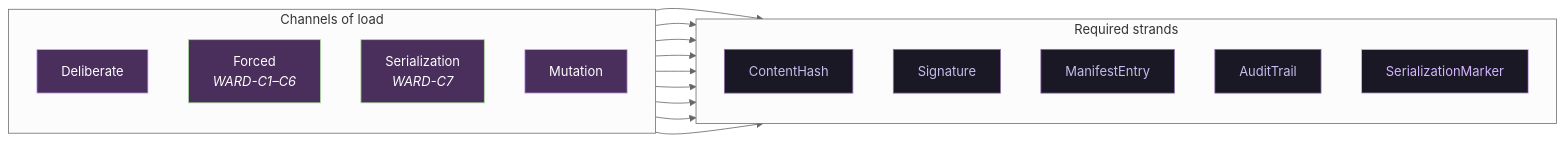
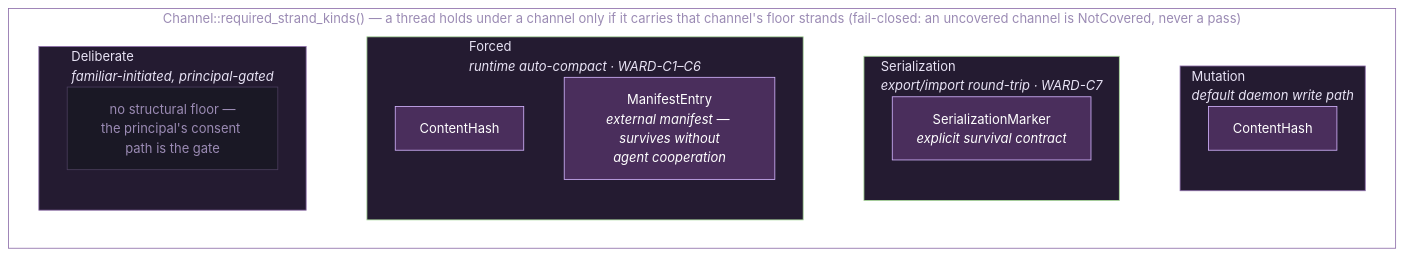
Before and after one commit to OpenCoven/coven-threads: the diagram in docs/diagrams/src/channel-strand-matrix.mmd, drawn with Mermaid (neutral theme). The commit also changed 18 other files, not shown here.

```diff
--- a/docs/diagrams/src/channel-strand-matrix.mmd
+++ b/docs/diagrams/src/channel-strand-matrix.mmd
@@ -1,37 +1,38 @@
+%% channel-strand-matrix — which strand kinds a thread MUST carry to hold
+%% under each channel of load.
+%% Source of truth: crates/coven-threads-core/src/channel.rs
+%% (Channel::required_strand_kinds) and PHASE-0-DESIGN.md §2.4.
+%% Form: per-channel grouping (contents ARE the floor) — no cross arrows.
 flowchart LR
-  subgraph Channels["Channels of load"]
-    direction TB
-    C1["Deliberate"]
-    C2["Forced<br/><i>WARD-C1–C6</i>"]
-    C3["Serialization<br/><i>WARD-C7</i>"]
-    C4["Mutation"]
+  subgraph MATRIX["Channel::required_strand_kinds() — a thread holds under a channel only if it carries that channel's floor strands (fail-closed: an uncovered channel is NotCovered, never a pass)"]
+    direction LR
+    subgraph DL["Deliberate<br/><i>familiar-initiated, principal-gated</i>"]
+      D0["no structural floor —<br/>the principal's consent path is the gate"]
+    end
+    subgraph FO["Forced<br/><i>runtime auto-compact · WARD-C1–C6</i>"]
+      direction TB
+      F1["ContentHash"]
+      F2["ManifestEntry<br/><i>external manifest — survives without<br/>agent cooperation</i>"]
+    end
+    subgraph SE["Serialization<br/><i>export/import round-trip · WARD-C7</i>"]
+      S1["SerializationMarker<br/><i>explicit survival contract</i>"]
+    end
+    subgraph MU["Mutation<br/><i>default daemon write path</i>"]
+      M1["ContentHash"]
+    end
+
+    DL ~~~ FO
+    FO ~~~ SE
+    SE ~~~ MU
   end
 
-  subgraph Strands["Required strands"]
-    direction TB
-    R1["ContentHash"]
-    R2["Signature"]
-    R3["ManifestEntry"]
-    R4["AuditTrail"]
-    R5["SerializationMarker"]
-  end
-
-  C1 --> R2
-  C1 --> R4
-  C2 --> R1
-  C2 --> R3
-  C2 --> R4
-  C3 --> R1
-  C3 --> R5
-  C4 --> R2
-  C4 --> R4
-
-  style C1 fill:#4A2E5C,stroke:#D4B5FF,color:#fff
-  style C2 fill:#4A2E5C,stroke:#A8D89A,color:#fff
-  style C3 fill:#4A2E5C,stroke:#A8D89A,color:#fff
-  style C4 fill:#4A2E5C,stroke:#D4B5FF,color:#fff
-  style R1 fill:#1A1825,stroke:#8B6BA8,color:#C5BDED
-  style R2 fill:#1A1825,stroke:#8B6BA8,color:#C5BDED
-  style R3 fill:#1A1825,stroke:#8B6BA8,color:#C5BDED
-  style R4 fill:#1A1825,stroke:#8B6BA8,color:#C5BDED
-  style R5 fill:#1A1825,stroke:#D4B5FF,color:#D4B5FF
+  style MATRIX fill:transparent,stroke:#8B6BA8,color:#9B8BB4
+  style DL fill:#241B31,stroke:#8B6BA8,color:#E8E3F5
+  style FO fill:#241B31,stroke:#A8D89A,color:#E8E3F5
+  style SE fill:#241B31,stroke:#A8D89A,color:#E8E3F5
+  style MU fill:#241B31,stroke:#8B6BA8,color:#E8E3F5
+  style D0 fill:#1A1825,stroke:#4A3D5C,color:#9B8BB4
+  style F1 fill:#4A2E5C,stroke:#D4B5FF,color:#FFFFFF
+  style F2 fill:#4A2E5C,stroke:#D4B5FF,color:#FFFFFF
+  style S1 fill:#4A2E5C,stroke:#D4B5FF,color:#FFFFFF
+  style M1 fill:#4A2E5C,stroke:#D4B5FF,color:#FFFFFF
```
